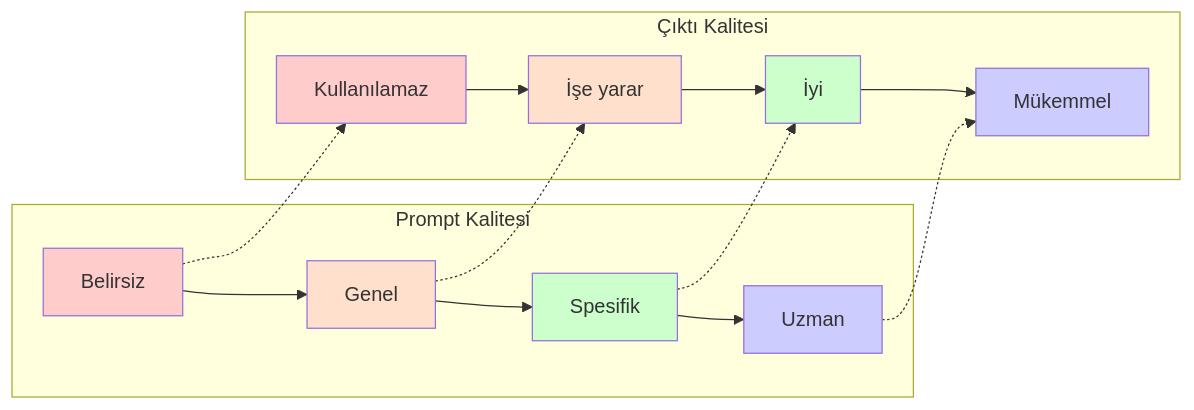
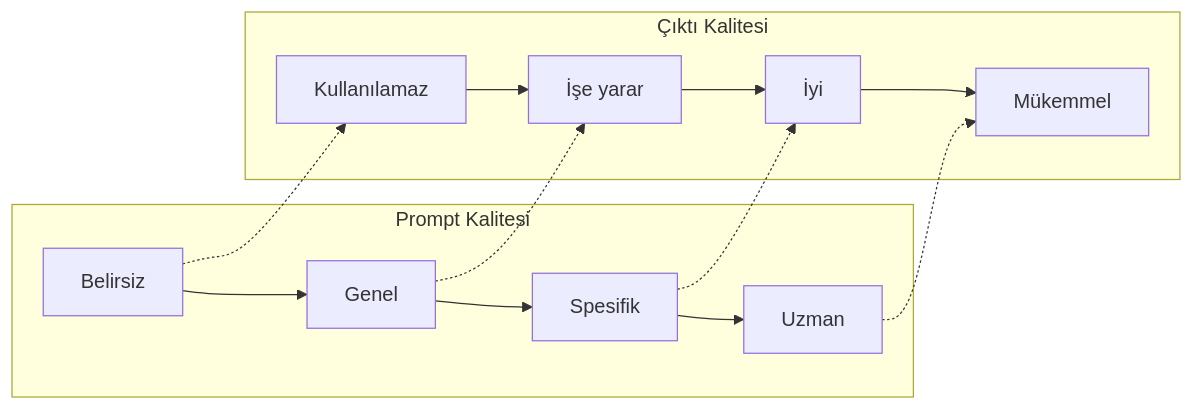
One commit to IzzetYasinAtes/ClaudeCodeHandbook changed the first of 2 diagrams in 04-ai-destekli-gelistirme/04-prompt-muhendisligi.md. Above: the diagram before and after it, drawn with Mermaid. The commit also changed other lines of this file and 97 other files, not shown here.

Commit message:
Remove all custom Mermaid style/fill colors from 98 markdown files for consistent dark theme rendering

````diff
--- a/04-ai-destekli-gelistirme/04-prompt-muhendisligi.md
+++ b/04-ai-destekli-gelistirme/04-prompt-muhendisligi.md
@@ -35,28 +35,20 @@
 ```mermaid
 flowchart LR
     subgraph input ["Prompt Kalitesi"]
         A["Belirsiz"] --> B["Genel"]
         B --> C["Spesifik"]
         C --> D["Uzman"]
     end
 
     subgraph output ["Çıktı Kalitesi"]
         E["Kullanılamaz"] --> F["İşe yarar"]
         F --> G["İyi"]
         G --> H["Mükemmel"]
     end
 
     A -.-> E
     B -.-> F
     C -.-> G
     D -.-> H
 
-    style A fill:#ffcccc
-    style B fill:#ffe0cc
-    style C fill:#ccffcc
-    style D fill:#ccccff
-    style E fill:#ffcccc
-    style F fill:#ffe0cc
-    style G fill:#ccffcc
-    style H fill:#ccccff
 ```
````
